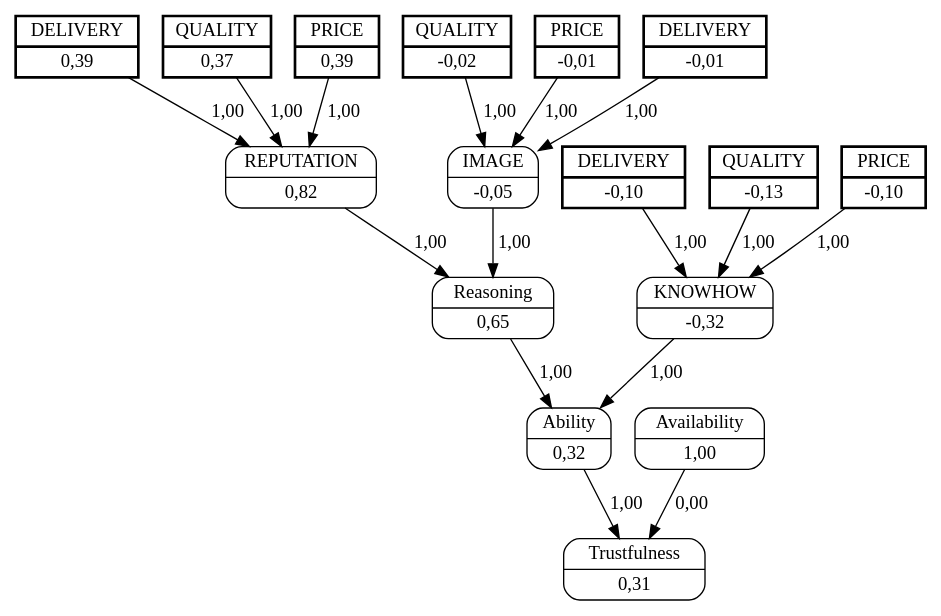
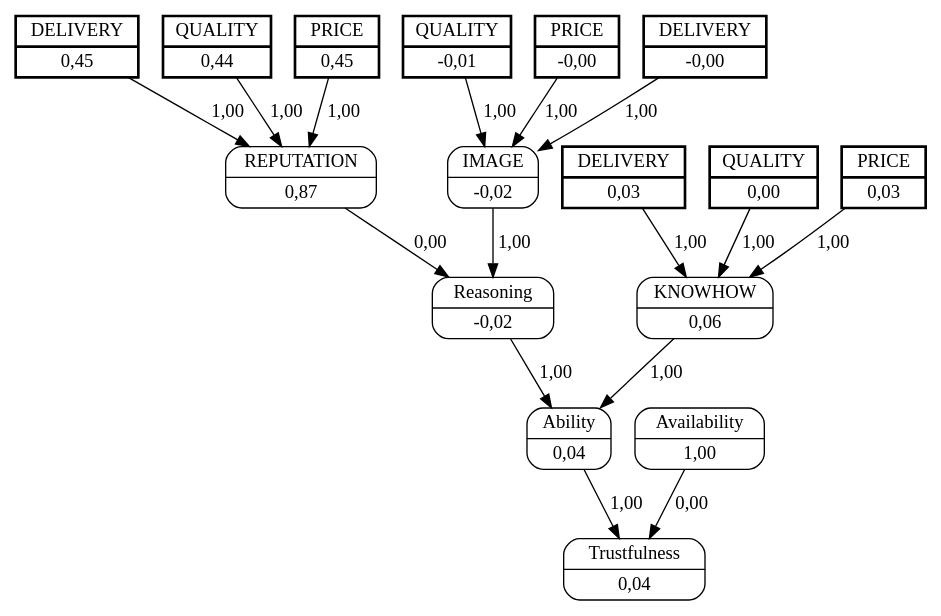
One commit to jjbaqueta/unload_experiment changed the diagram in unload_boxes/dots/buyerE5sellerC8.dot. Above: the diagram before and after it, drawn with Graphviz. The commit also changed 156 other files, not shown here.

```diff
--- a/unload_boxes/dots/buyerE5sellerC8.dot
+++ b/unload_boxes/dots/buyerE5sellerC8.dot
@@ -1,39 +1,39 @@
 digraph FCM_net{
 	node [shape=record, style=rounded]
-	7 [label="{QUALITY | -0,02}", style=bold, penwidth=2, peripheries=2];
-	8 [label="{PRICE | -0,01}", style=bold, penwidth=2, peripheries=2];
-	9 [label="{DELIVERY | -0,01}", style=bold, penwidth=2, peripheries=2];
-	10 [label="{QUALITY | 0,37}", style=bold, penwidth=2, peripheries=2];
-	11 [label="{PRICE | 0,39}", style=bold, penwidth=2, peripheries=2];
-	12 [label="{DELIVERY | 0,39}", style=bold, penwidth=2, peripheries=2];
-	13 [label="{QUALITY | -0,13}", style=bold, penwidth=2, peripheries=2];
-	14 [label="{PRICE | -0,10}", style=bold, penwidth=2, peripheries=2];
-	15 [label="{DELIVERY | -0,10}", style=bold, penwidth=2, peripheries=2];
-	0 [label="{IMAGE | -0,05}"];
-	1 [label="{REPUTATION | 0,82}"];
-	2 [label="{KNOWHOW | -0,32}"];
-	3 [label="{Reasoning | 0,65}"];
-	4 [label="{Ability | 0,32}"];
+	7 [label="{QUALITY | -0,01}", style=bold, penwidth=2, peripheries=2];
+	8 [label="{PRICE | -0,00}", style=bold, penwidth=2, peripheries=2];
+	9 [label="{DELIVERY | -0,00}", style=bold, penwidth=2, peripheries=2];
+	10 [label="{QUALITY | 0,44}", style=bold, penwidth=2, peripheries=2];
+	11 [label="{PRICE | 0,45}", style=bold, penwidth=2, peripheries=2];
+	12 [label="{DELIVERY | 0,45}", style=bold, penwidth=2, peripheries=2];
+	13 [label="{QUALITY | 0,00}", style=bold, penwidth=2, peripheries=2];
+	14 [label="{PRICE | 0,03}", style=bold, penwidth=2, peripheries=2];
+	15 [label="{DELIVERY | 0,03}", style=bold, penwidth=2, peripheries=2];
+	0 [label="{IMAGE | -0,02}"];
+	1 [label="{REPUTATION | 0,87}"];
+	2 [label="{KNOWHOW | 0,06}"];
+	3 [label="{Reasoning | -0,02}"];
+	4 [label="{Ability | 0,04}"];
 	5 [label="{Availability | 1,00}"];
-	6 [label="{Trustfulness | 0,31}"];
-	7 [label="{QUALITY | -0,02}"];
-	8 [label="{PRICE | -0,01}"];
-	9 [label="{DELIVERY | -0,01}"];
-	11 [label="{PRICE | 0,39}"];
-	13 [label="{QUALITY | -0,13}"];
+	6 [label="{Trustfulness | 0,04}"];
+	7 [label="{QUALITY | -0,01}"];
+	8 [label="{PRICE | -0,00}"];
+	9 [label="{DELIVERY | -0,00}"];
+	11 [label="{PRICE | 0,45}"];
+	13 [label="{QUALITY | 0,00}"];
 	0 -> 3 [label = "1,00"];
-	1 -> 3 [label = "1,00"];
+	1 -> 3 [label = "0,00"];
 	3 -> 4 [label = "1,00"];
 	2 -> 4 [label = "1,00"];
 	4 -> 6 [label = "1,00"];
 	5 -> 6 [label = "0,00"];
 	7 -> 0 [label = "1,00"];
 	8 -> 0 [label = "1,00"];
 	9 -> 0 [label = "1,00"];
 	10 -> 1 [label = "1,00"];
 	11 -> 1 [label = "1,00"];
 	12 -> 1 [label = "1,00"];
 	13 -> 2 [label = "1,00"];
 	14 -> 2 [label = "1,00"];
 	15 -> 2 [label = "1,00"];
 }
```
